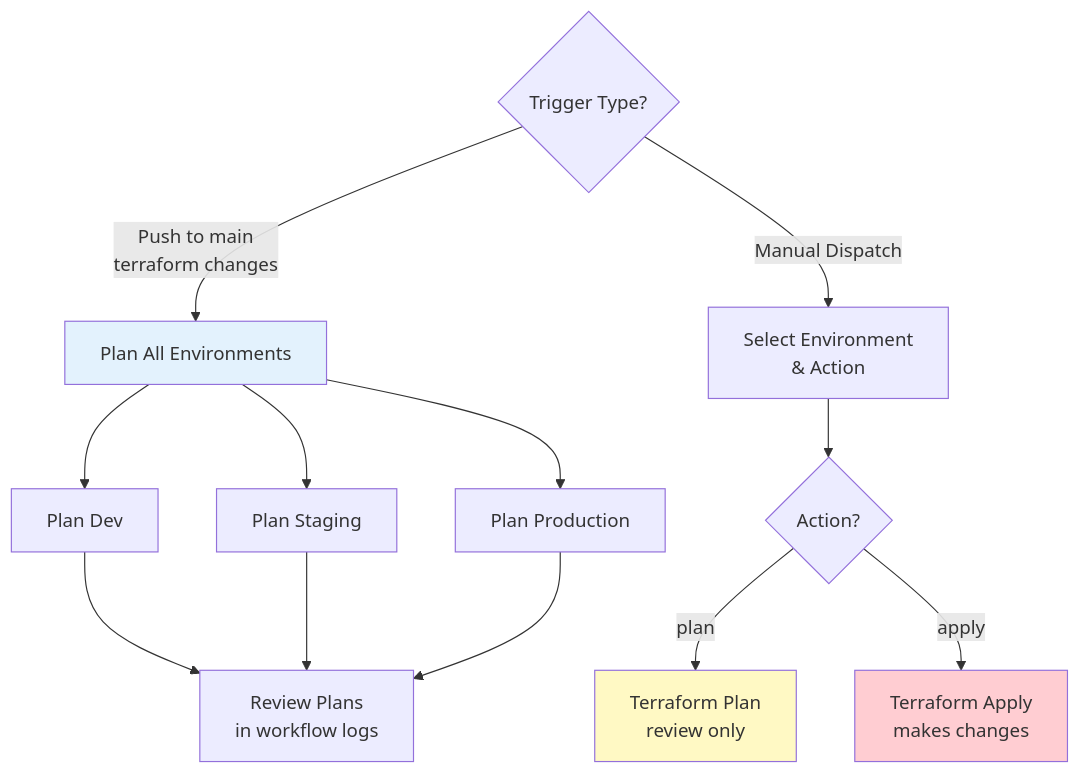
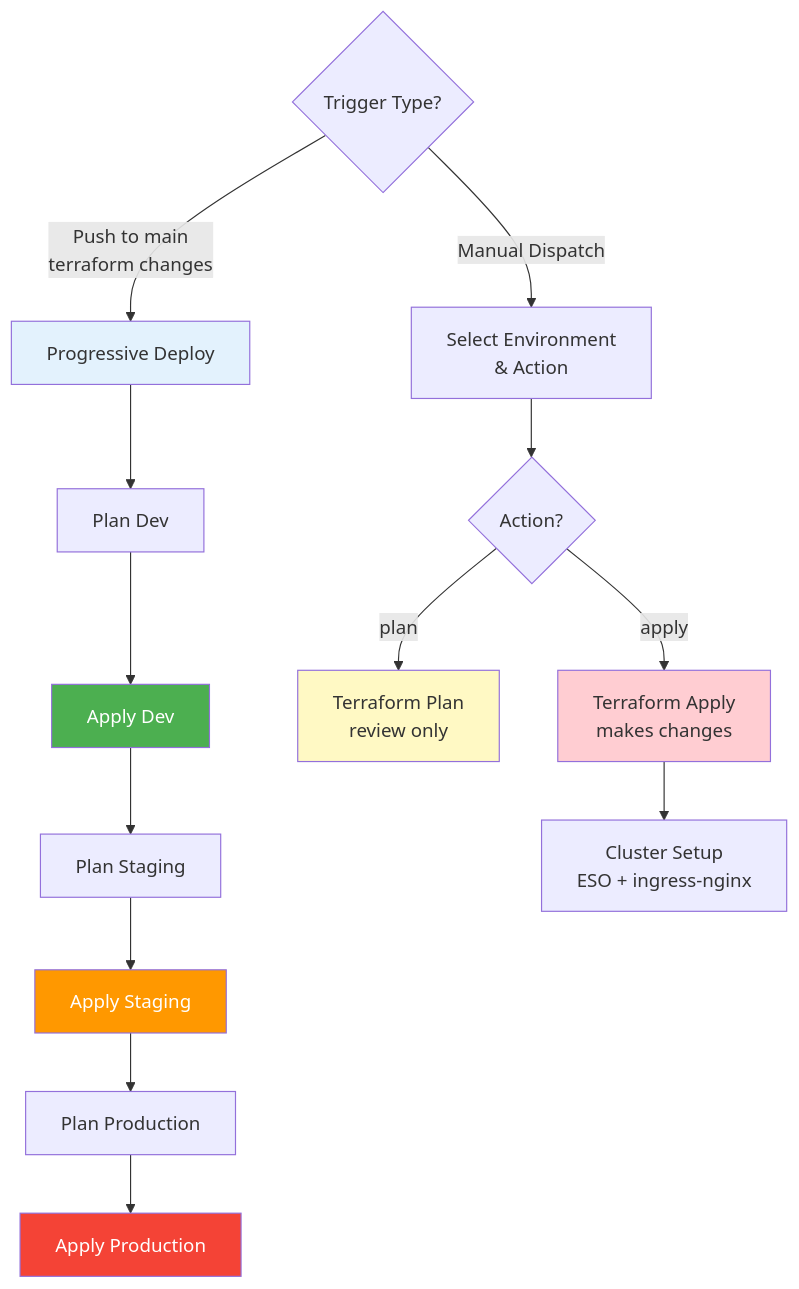
One commit to edinc/octo-eshop-demo changed the sixth of 11 diagrams in docs/cicd-pipeline.md. Above: the diagram before and after it, drawn with Mermaid. The commit also changed other lines of this file, not shown here.

First line of the commit message:
docs: update CI/CD docs for OIDC auth and auto-deploy pipeline

````diff
--- a/docs/cicd-pipeline.md
+++ b/docs/cicd-pipeline.md
@@ -273,19 +273,25 @@
 ```mermaid
 graph TD
     A{Trigger Type?}
 
-    A -->|Push to main<br/>terraform changes| B[Plan All Environments]
+    A -->|Push to main<br/>terraform changes| B[Progressive Deploy]
     B --> C1[Plan Dev]
-    B --> C2[Plan Staging]
-    B --> C3[Plan Production]
-    C1 & C2 & C3 --> D[Review Plans<br/>in workflow logs]
+    C1 --> D1[Apply Dev]
+    D1 --> C2[Plan Staging]
+    C2 --> D2[Apply Staging]
+    D2 --> C3[Plan Production]
+    C3 --> D3[Apply Production]
 
     A -->|Manual Dispatch| E[Select Environment<br/>& Action]
     E --> F{Action?}
     F -->|plan| G[Terraform Plan<br/>review only]
     F -->|apply| H[Terraform Apply<br/>makes changes]
+    H --> I[Cluster Setup<br/>ESO + ingress-nginx]
 
     style B fill:#E3F2FD
+    style D1 fill:#4CAF50,color:white
+    style D2 fill:#FF9800,color:white
+    style D3 fill:#F44336,color:white
     style G fill:#FFF9C4
     style H fill:#FFCDD2
 ```
````
